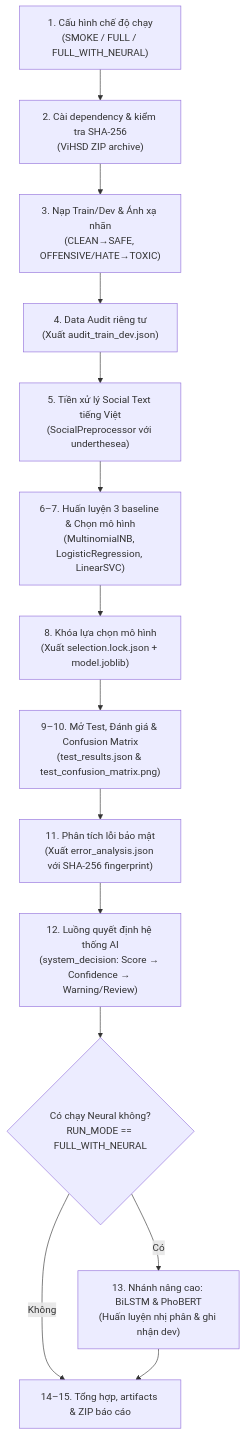
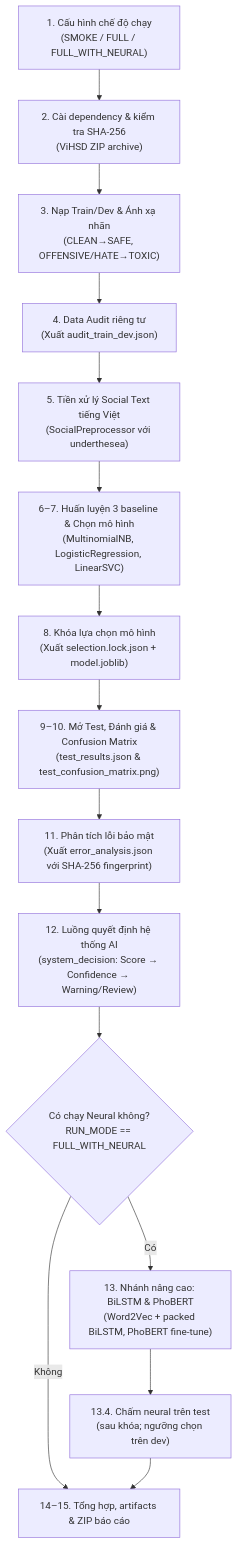
The diagram in README.md (andrewthongle/cs106-ai-project), drawn with Mermaid before and after one commit. The commit also changed other lines of this file and 1 other file, not shown here.

````diff
--- a/README.md
+++ b/README.md
@@ -80,17 +81,18 @@
 ```mermaid
 flowchart TD
     A["1. Cấu hình chế độ chạy<br/>(SMOKE / FULL / FULL_WITH_NEURAL)"] --> B["2. Cài dependency & kiểm tra SHA-256<br/>(ViHSD ZIP archive)"]
     B --> C["3. Nạp Train/Dev & Ánh xạ nhãn<br/>(CLEAN→SAFE, OFFENSIVE/HATE→TOXIC)"]
     C --> D["4. Data Audit riêng tư<br/>(Xuất audit_train_dev.json)"]
     D --> E["5. Tiền xử lý Social Text tiếng Việt<br/>(SocialPreprocessor với underthesea)"]
     E --> F["6–7. Huấn luyện 3 baseline & Chọn mô hình<br/>(MultinomialNB, LogisticRegression, LinearSVC)"]
     F --> G["8. Khóa lựa chọn mô hình<br/>(Xuất selection.lock.json + model.joblib)"]
     G --> H["9–10. Mở Test, Đánh giá & Confusion Matrix<br/>(test_results.json & test_confusion_matrix.png)"]
     H --> I["11. Phân tích lỗi bảo mật<br/>(Xuất error_analysis.json với SHA-256 fingerprint)"]
     I --> J["12. Luồng quyết định hệ thống AI<br/>(system_decision: Score → Confidence → Warning/Review)"]
     K{"Có chạy Neural không?<br/>RUN_MODE == FULL_WITH_NEURAL"}
     J --> K
-    K -- Có --> L["13. Nhánh nâng cao: BiLSTM & PhoBERT<br/>(Huấn luyện nhị phân & ghi nhận dev)"]
+    K -- Có --> L["13. Nhánh nâng cao: BiLSTM & PhoBERT<br/>(Word2Vec + packed BiLSTM, PhoBERT fine-tune)"]
+    L --> L2["13.4. Chấm neural trên test<br/>(sau khóa; ngưỡng chọn trên dev)"]
     K -- Không --> M["14–15. Tổng hợp, artifacts & ZIP báo cáo"]
-    L --> M
+    L2 --> M
 ```
````
